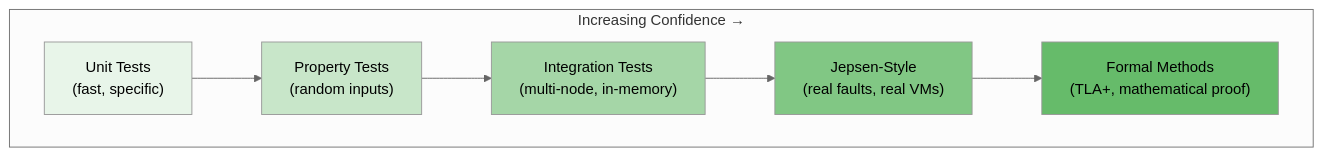
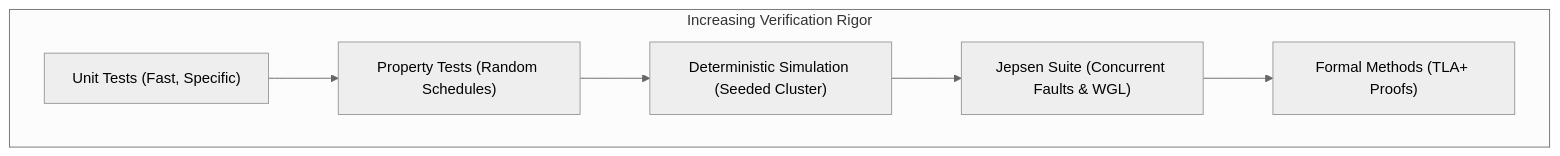
One commit to bmscomp/raft changed the fourth of 4 diagrams in docs/book/20-jepsen-verification.md. Above: the diagram before and after it, drawn with Mermaid (neutral theme). The commit also changed other lines of this file and 38 other files, not shown here.

First line of the commit message:
docs: replace ASCII art with Mermaid diagrams across book and tutorials

````diff
--- a/docs/book/20-jepsen-verification.md
+++ b/docs/book/20-jepsen-verification.md
@@ -428,16 +428,10 @@
 ```mermaid
-flowchart TB
-    subgraph Confidence["Increasing Confidence →"]
+flowchart LR
+    subgraph Confidence["Increasing Verification Rigor"]
         direction LR
-        UT["Unit Tests\n(fast, specific)"] --> PT["Property Tests\n(random inputs)"]
-        PT --> IT["Integration Tests\n(multi-node, in-memory)"]
-        IT --> JS["Jepsen-Style\n(real faults, real VMs)"]
-        JS --> FM["Formal Methods\n(TLA+, mathematical proof)"]
+        UT["Unit Tests (Fast, Specific)"] --> PT["Property Tests (Random Schedules)"]
+        PT --> DST["Deterministic Simulation (Seeded Cluster)"]
+        DST --> JS["Jepsen Suite (Concurrent Faults & WGL)"]
+        JS --> FM["Formal Methods (TLA+ Proofs)"]
     end
-
-    style UT fill:#e8f5e9
-    style PT fill:#c8e6c9
-    style IT fill:#a5d6a7
-    style JS fill:#81c784
-    style FM fill:#66bb6a
 ```
````
